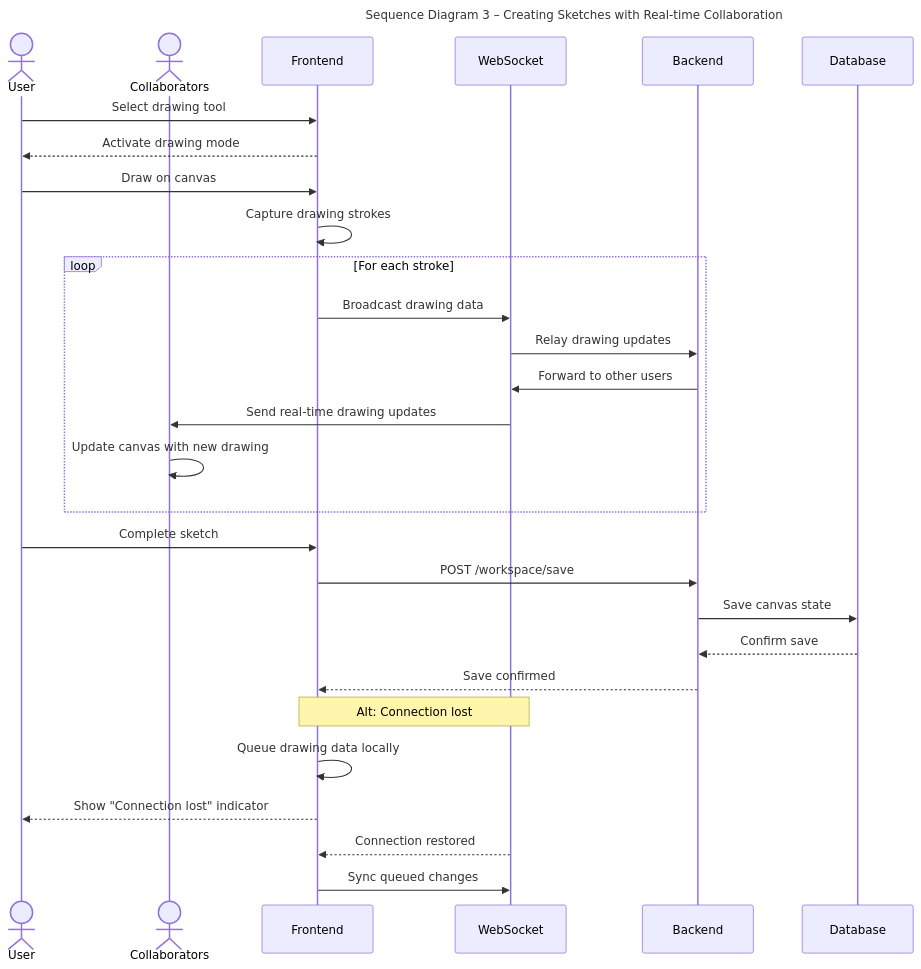
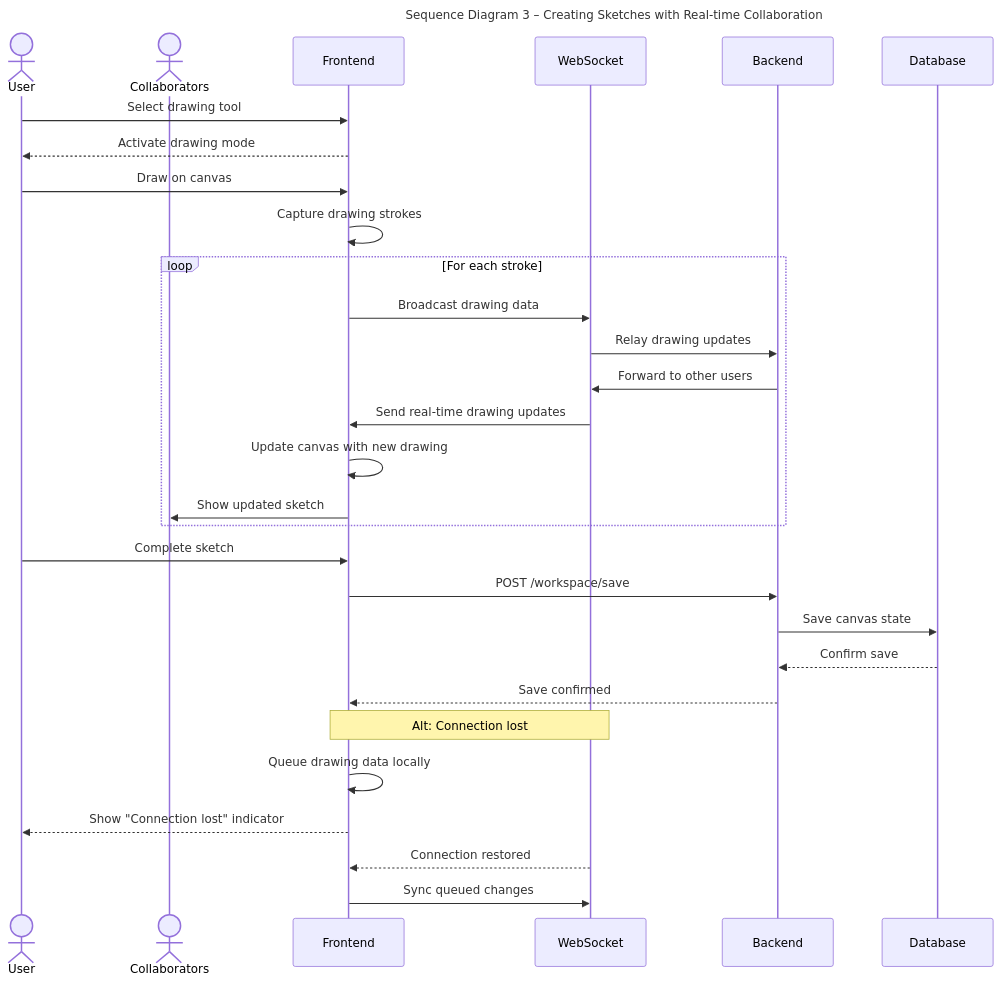
One commit to Capstone-Projects-2025-Fall/project-001-sketch2screen changed the third of 8 diagrams in documentation/docs/system-architecture/sequence-diagrams.md. Above: the diagram before and after it, drawn with Mermaid. The commit also changed other lines of this file, not shown here.

Commit message:
sequence diagram tweaks

````diff
--- a/documentation/docs/system-architecture/sequence-diagrams.md
+++ b/documentation/docs/system-architecture/sequence-diagrams.md
@@ -98,38 +99,39 @@
 ```mermaid
 ---
 title: Sequence Diagram 3 – Creating Sketches with Real-time Collaboration
 ---
 
 sequenceDiagram
     actor User
     actor Collaborators
     participant Frontend
     participant WebSocket
     participant Backend
     participant Database
 
     User->>Frontend: Select drawing tool
     Frontend-->>User: Activate drawing mode
     User->>Frontend: Draw on canvas
     Frontend->>Frontend: Capture drawing strokes
 
     loop For each stroke
         Frontend->>WebSocket: Broadcast drawing data
         WebSocket->>Backend: Relay drawing updates
         Backend->>WebSocket: Forward to other users
-        WebSocket->>Collaborators: Send real-time drawing updates
-        Collaborators->>Collaborators: Update canvas with new drawing
+        WebSocket->>Frontend: Send real-time drawing updates
+        Frontend->>Frontend: Update canvas with new drawing
+        Frontend->>Collaborators: Show updated sketch
     end
 
     User->>Frontend: Complete sketch
     Frontend->>Backend: POST /workspace/save
     Backend->>Database: Save canvas state
     Database-->>Backend: Confirm save
     Backend-->>Frontend: Save confirmed
 
     Note over Frontend,WebSocket: Alt: Connection lost
     Frontend->>Frontend: Queue drawing data locally
     Frontend-->>User: Show "Connection lost" indicator
     WebSocket-->>Frontend: Connection restored
     Frontend->>WebSocket: Sync queued changes
 ```
````
